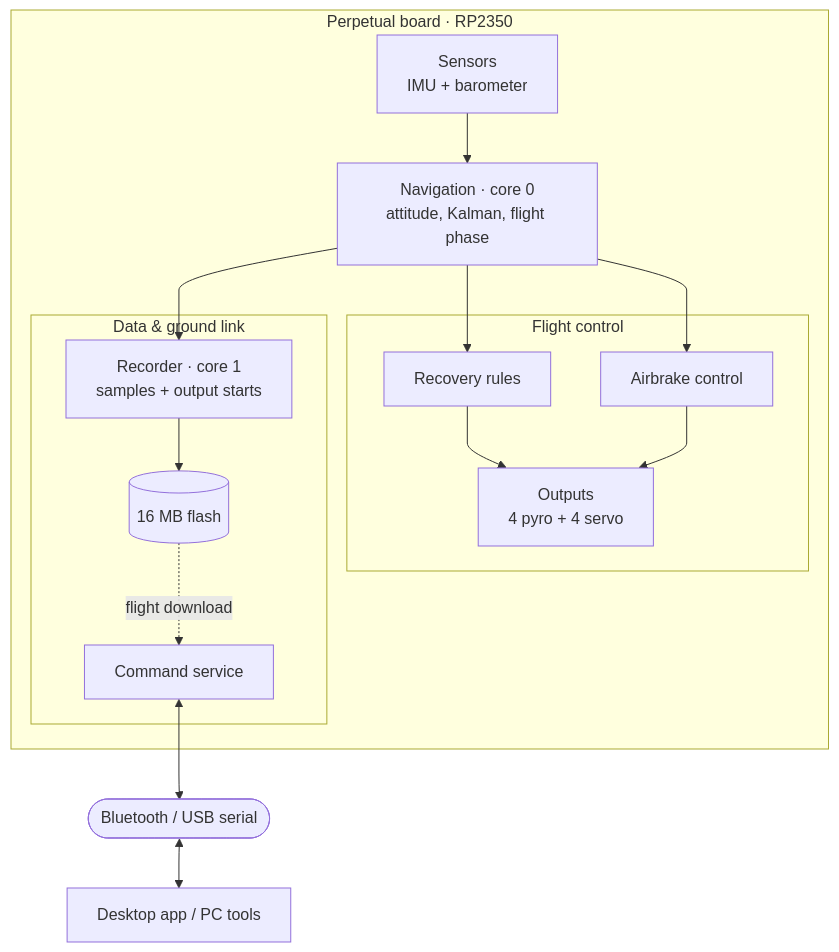
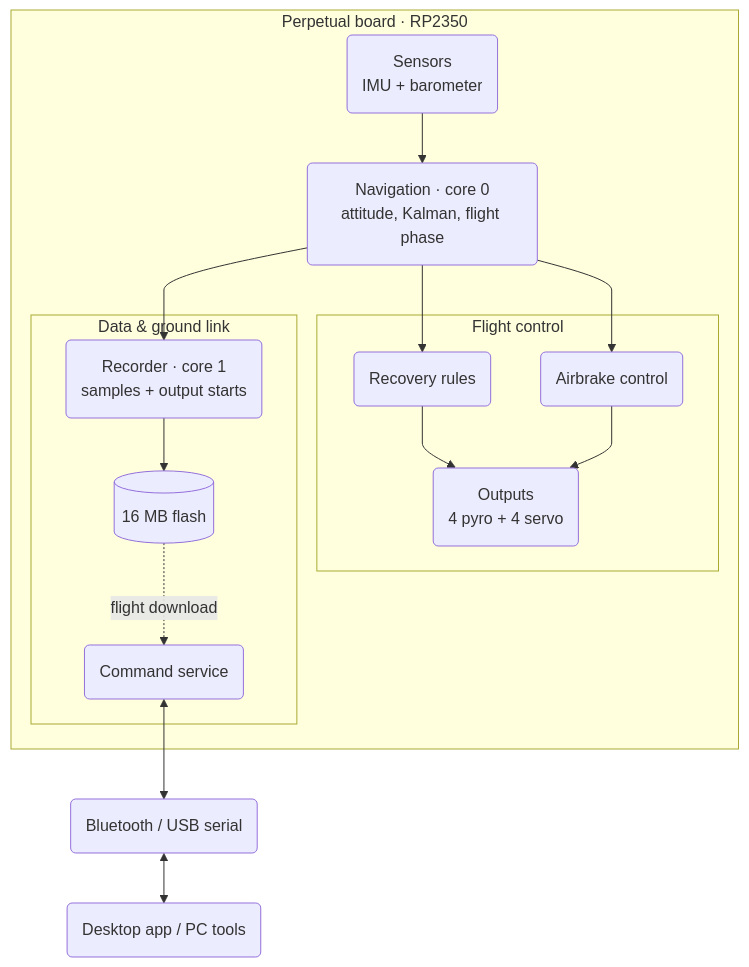
The diagram in README.md (rotellini9809/perpetual_code), drawn with Mermaid before and after one commit.

Commit message:
README: rounded boxes in the architecture diagram

````diff
--- a/README.md
+++ b/README.md
@@ -133,28 +133,28 @@
 ```mermaid
 %%{init: {"flowchart": {"curve": "monotoneY"}}}%%
 flowchart TB
     subgraph Board["Perpetual board · RP2350"]
-        S["Sensors<br>IMU + barometer"]
-        N["Navigation · core 0<br>attitude, Kalman, flight phase"]
+        S("Sensors<br>IMU + barometer")
+        N("Navigation · core 0<br>attitude, Kalman, flight phase")
         subgraph Control["Flight control"]
-            R["Recovery rules"]
-            A["Airbrake control"]
-            O["Outputs<br>4 pyro + 4 servo"]
+            R("Recovery rules")
+            A("Airbrake control")
+            O("Outputs<br>4 pyro + 4 servo")
         end
         subgraph Data["Data & ground link"]
-            L["Recorder · core 1<br>samples + output starts"]
+            L("Recorder · core 1<br>samples + output starts")
             F[("16 MB flash")]
-            C["Command service"]
+            C("Command service")
         end
         S --> N
         N --> R
         N --> A
         N --> L
         R --> O
         A --> O
         L --> F
         F -. "flight download" .-> C
     end
-    C <--> T(["Bluetooth / USB serial"])
-    T <--> App["Desktop app / PC tools"]
+    C <--> T("Bluetooth / USB serial")
+    T <--> App("Desktop app / PC tools")
 ```
````
